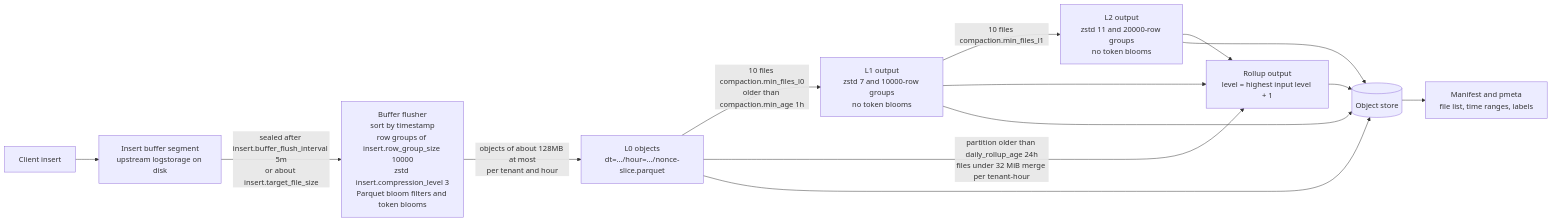
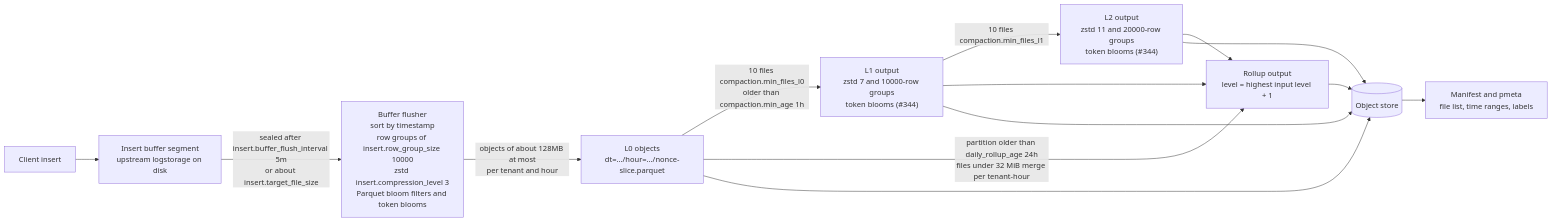
The first of 5 diagrams in docs/storage-efficiency.md (ReliablyObserve/victoria-lakehouse), drawn with Mermaid before and after one commit. The commit also changed other lines of this file, not shown here.

Commit message:
docs: the storage-efficiency page no longer calls the missing compaction token blooms open (#344)

````diff
--- a/docs/storage-efficiency.md
+++ b/docs/storage-efficiency.md
@@ -88,16 +88,16 @@
 ```mermaid
 flowchart LR
     C["Client insert"] --> B["Insert buffer segment<br/>upstream logstorage on disk"]
     B -->|"sealed after insert.buffer_flush_interval 5m<br/>or about insert.target_file_size"| F["Buffer flusher<br/>sort by timestamp<br/>row groups of insert.row_group_size 10000<br/>zstd insert.compression_level 3<br/>Parquet bloom filters and token blooms"]
     F -->|"objects of about 128MB at most<br/>per tenant and hour"| L0["L0 objects<br/>dt=.../hour=.../nonce-slice.parquet"]
-    L0 -->|"10 files compaction.min_files_l0<br/>older than compaction.min_age 1h"| L1["L1 output<br/>zstd 7 and 10000-row groups<br/>no token blooms"]
-    L1 -->|"10 files compaction.min_files_l1"| L2["L2 output<br/>zstd 11 and 20000-row groups<br/>no token blooms"]
+    L0 -->|"10 files compaction.min_files_l0<br/>older than compaction.min_age 1h"| L1["L1 output<br/>zstd 7 and 10000-row groups<br/>token blooms (#344)"]
+    L1 -->|"10 files compaction.min_files_l1"| L2["L2 output<br/>zstd 11 and 20000-row groups<br/>token blooms (#344)"]
     L0 -->|"partition older than daily_rollup_age 24h<br/>files under 32 MiB merge per tenant-hour"| R["Rollup output<br/>level = highest input level + 1"]
     L1 --> R
     L2 --> R
     L0 --> S3[("Object store")]
     L1 --> S3
     L2 --> S3
     R --> S3
     S3 --> M["Manifest and pmeta<br/>file list, time ranges, labels"]
 ```
````
